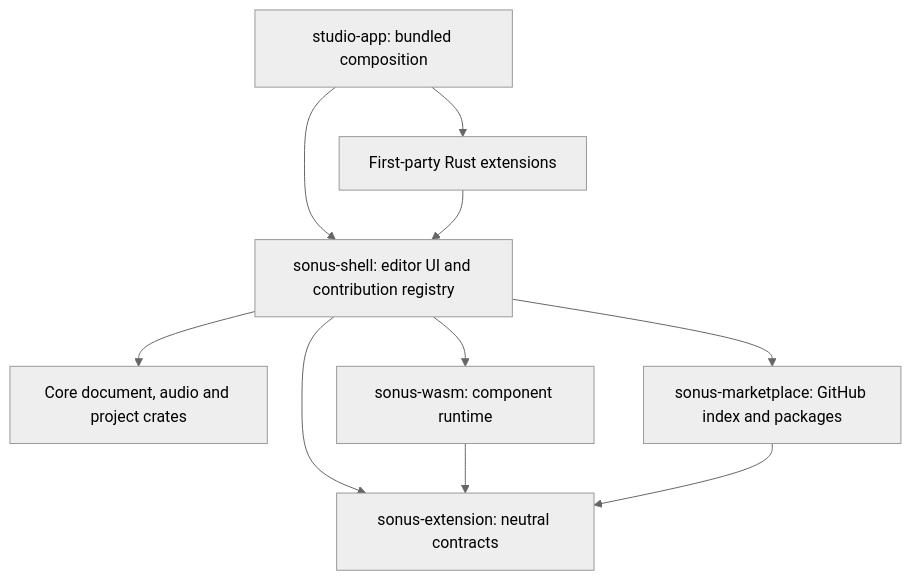
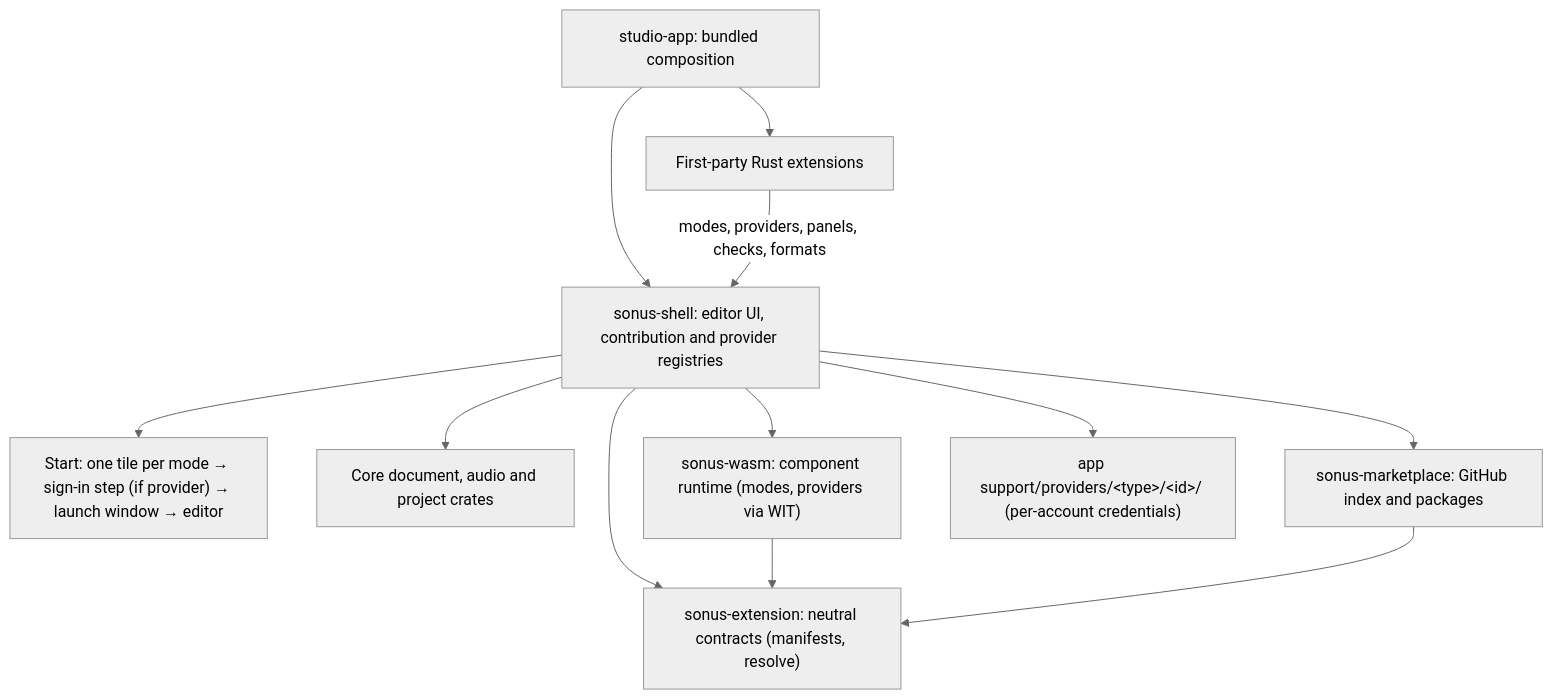
The diagram in docs/architecture.md (Nominy/transcription-studio), drawn with Mermaid (neutral theme) before and after one commit. The commit also changed other lines of this file and 72 other files, not shown here.

First line of the commit message:
feat: modes launch through shared providers; Start is the mode list [skip ci]

````diff
--- a/docs/architecture.md
+++ b/docs/architecture.md
@@ -12,12 +13,14 @@
 ```mermaid
 flowchart TD
-    App["studio-app: bundled composition"] --> Shell["sonus-shell: editor UI and contribution registry"]
+    App["studio-app: bundled composition"] --> Shell["sonus-shell: editor UI, contribution and provider registries"]
     App --> Extensions["First-party Rust extensions"]
-    Extensions --> Shell
+    Extensions -->|modes, providers, panels, checks, formats| Shell
+    Shell --> Start["Start: one tile per mode → sign-in step (if provider) → launch window → editor"]
     Shell --> Core["Core document, audio and project crates"]
-    Shell --> API["sonus-extension: neutral contracts"]
-    Shell --> Wasm["sonus-wasm: component runtime"]
+    Shell --> API["sonus-extension: neutral contracts (manifests, resolve)"]
+    Shell --> Wasm["sonus-wasm: component runtime (modes, providers via WIT)"]
     Shell --> Marketplace["sonus-marketplace: GitHub index and packages"]
+    Shell --> Instances["app support/providers/&lt;type&gt;/&lt;id&gt;/ (per-account credentials)"]
     Wasm --> API
     Marketplace --> API
 ```
````
